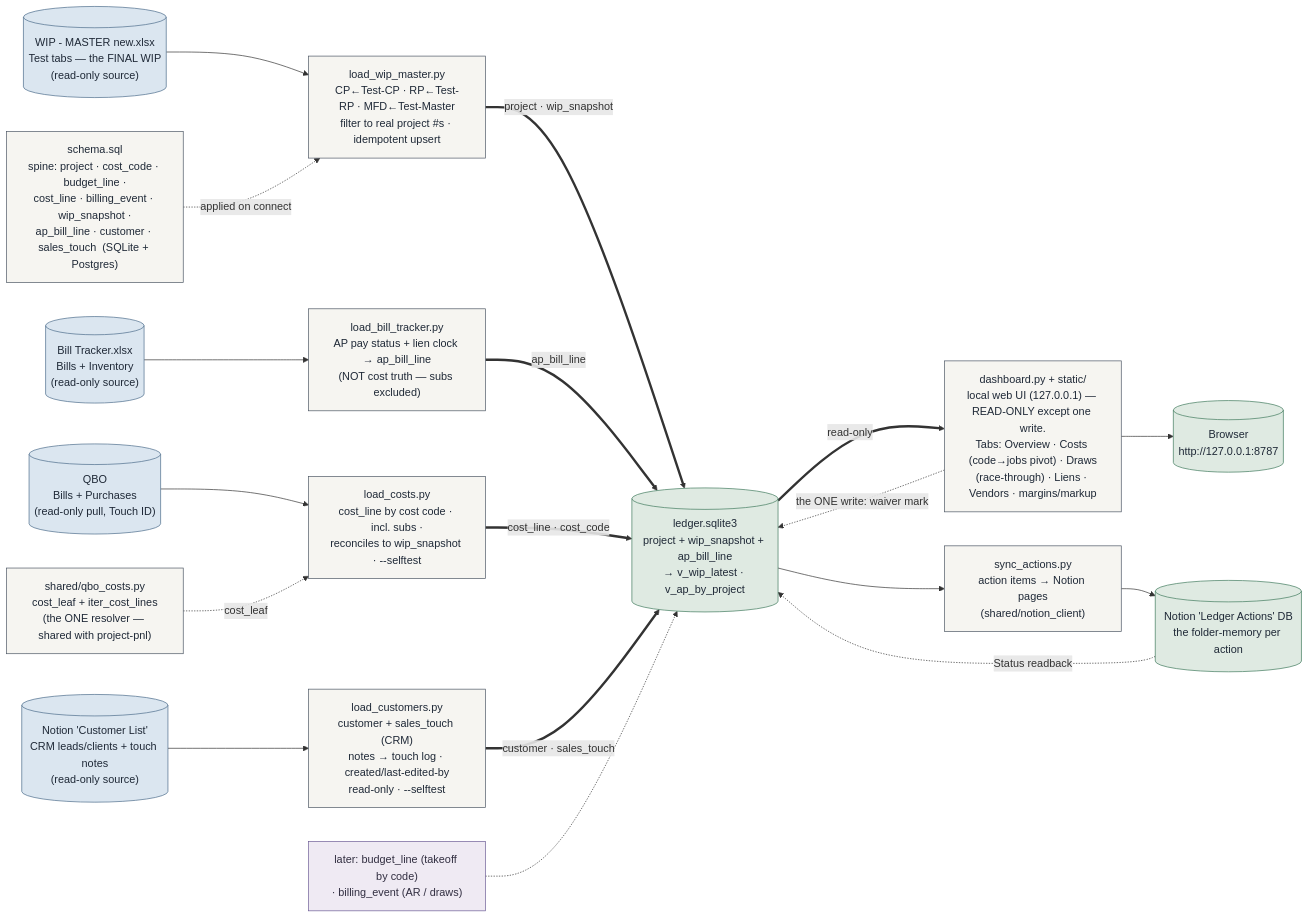
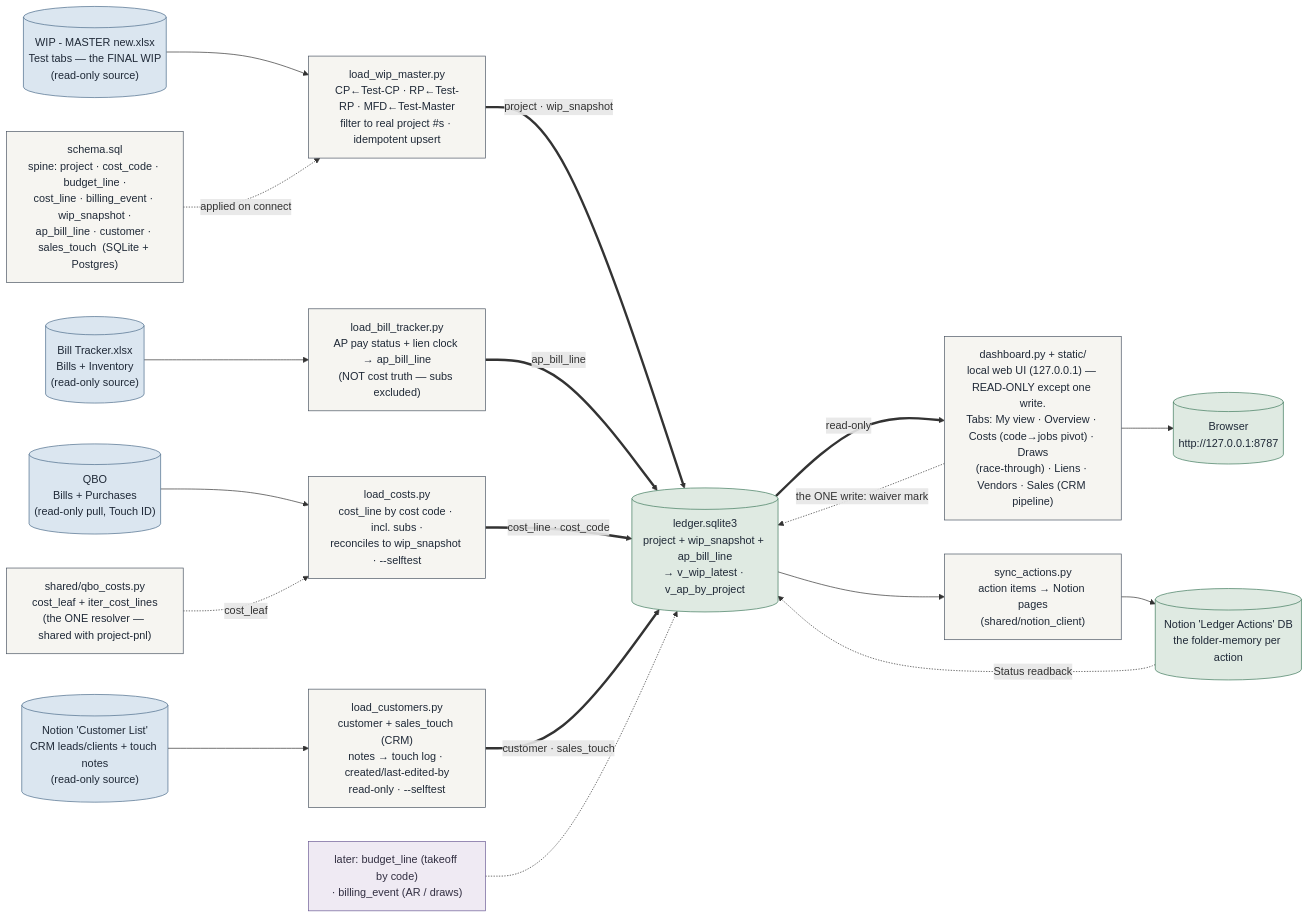
The fourth of 6 diagrams in docs/ARCHITECTURE.md (Ecarlo-Proficient/Claude-Report), drawn with Mermaid before and after one commit. The commit also changed other lines of this file and 6 other files, not shown here.

First line of the commit message:
ledger/dashboard: Sales tab — CRM pipeline, per-rep activity, warm-account touch logs (read-only)

````diff
--- a/docs/ARCHITECTURE.md
+++ b/docs/ARCHITECTURE.md
@@ -254,39 +254,39 @@
 ```mermaid
 flowchart LR
     classDef src fill:#dbe6f0,stroke:#4A6B8A,color:#1f2937
     classDef tool fill:#f6f5f1,stroke:#4b5563,color:#1f2937
     classDef out fill:#dfeae2,stroke:#3E7A5C,color:#1f2937
     classDef future fill:#efeaf3,stroke:#6b5b95,color:#312e40
 
     TEST[("WIP - MASTER new.xlsx\nTest tabs — the FINAL WIP\n(read-only source)")]:::src
     BT[("Bill Tracker.xlsx\nBills + Inventory\n(read-only source)")]:::src
     SCHEMA["schema.sql\nspine: project · cost_code · budget_line ·\ncost_line · billing_event · wip_snapshot ·\nap_bill_line · customer · sales_touch  (SQLite + Postgres)"]:::tool
     LOADER["load_wip_master.py\nCP←Test-CP · RP←Test-RP · MFD←Test-Master\nfilter to real project #s · idempotent upsert"]:::tool
     APLOAD["load_bill_tracker.py\nAP pay status + lien clock → ap_bill_line\n(NOT cost truth — subs excluded)"]:::tool
     DB[("ledger.sqlite3\nproject + wip_snapshot + ap_bill_line\n→ v_wip_latest · v_ap_by_project")]:::out
-    DASH["dashboard.py + static/\nlocal web UI (127.0.0.1) — READ-ONLY except one write.\nTabs: Overview · Costs (code→jobs pivot) · Draws\n(race-through) · Liens · Vendors · margins/markup"]:::tool
+    DASH["dashboard.py + static/\nlocal web UI (127.0.0.1) — READ-ONLY except one write.\nTabs: My view · Overview · Costs (code→jobs pivot) · Draws\n(race-through) · Liens · Vendors · Sales (CRM pipeline)"]:::tool
     BROWSER[("Browser\nhttp://127.0.0.1:8787")]:::out
     QBO[("QBO\nBills + Purchases\n(read-only pull, Touch ID)")]:::src
     QCOSTS["shared/qbo_costs.py\ncost_leaf + iter_cost_lines\n(the ONE resolver — shared with project-pnl)"]:::tool
     COSTLOAD["load_costs.py\ncost_line by cost code · incl. subs ·\nreconciles to wip_snapshot · --selftest"]:::tool
     FUTURE["later: budget_line (takeoff by code)\n· billing_event (AR / draws)"]:::future
 
     TEST --> LOADER
     BT --> APLOAD
     QBO --> COSTLOAD
     QCOSTS -.->|"cost_leaf"| COSTLOAD
     SCHEMA -.->|"applied on connect"| LOADER
     LOADER ==>|"project · wip_snapshot"| DB
     APLOAD ==>|"ap_bill_line"| DB
     COSTLOAD ==>|"cost_line · cost_code"| DB
     DB ==>|"read-only"| DASH --> BROWSER
     DASH -.->|"the ONE write: waiver mark"| DB
     SYNCACT["sync_actions.py\naction items → Notion pages\n(shared/notion_client)"]:::tool
     NOTION[("Notion 'Ledger Actions' DB\nthe folder-memory per action")]:::out
     DB --> SYNCACT --> NOTION
     NOTION -.->|"Status readback"| DB
     NCL[("Notion 'Customer List'\nCRM leads/clients + touch notes\n(read-only source)")]:::src
     CUSTLOAD["load_customers.py\ncustomer + sales_touch (CRM)\nnotes → touch log · created/last-edited-by\nread-only · --selftest"]:::tool
     NCL --> CUSTLOAD ==>|"customer · sales_touch"| DB
     FUTURE -.-> DB
 ```
````
